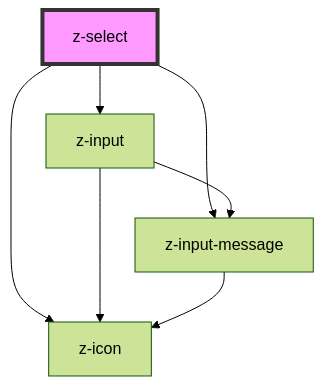
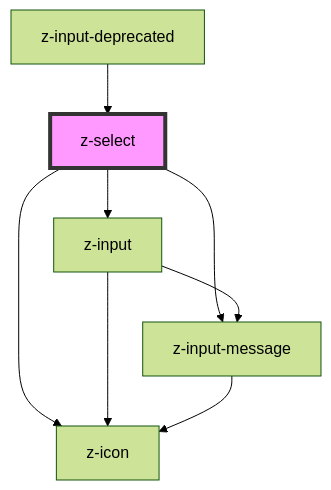
The diagram in src/components/inputs/z-select/readme.md (ZanichelliEditore/design-system), drawn with Mermaid (forest theme) before and after one commit. The commit also changed other lines of this file and 22 other files, not shown here.

Commit message:
refactor: deprecated z-input

````diff
--- a/src/components/inputs/z-select/readme.md
+++ b/src/components/inputs/z-select/readme.md
@@ -78,10 +82,11 @@
 ```mermaid
 graph TD;
   z-select --> z-input
   z-select --> z-icon
   z-select --> z-input-message
   z-input --> z-icon
   z-input --> z-input-message
   z-input-message --> z-icon
+  z-input-deprecated --> z-select
   style z-select fill:#f9f,stroke:#333,stroke-width:4px
 ```
````
